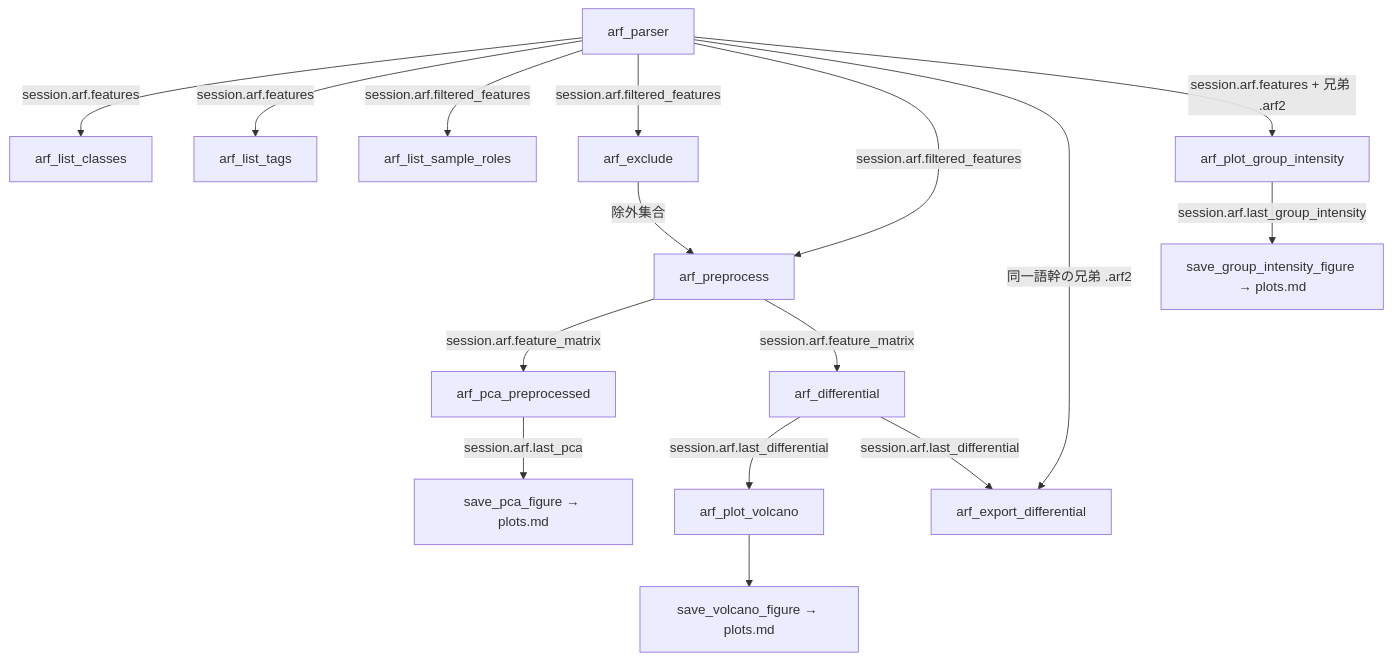
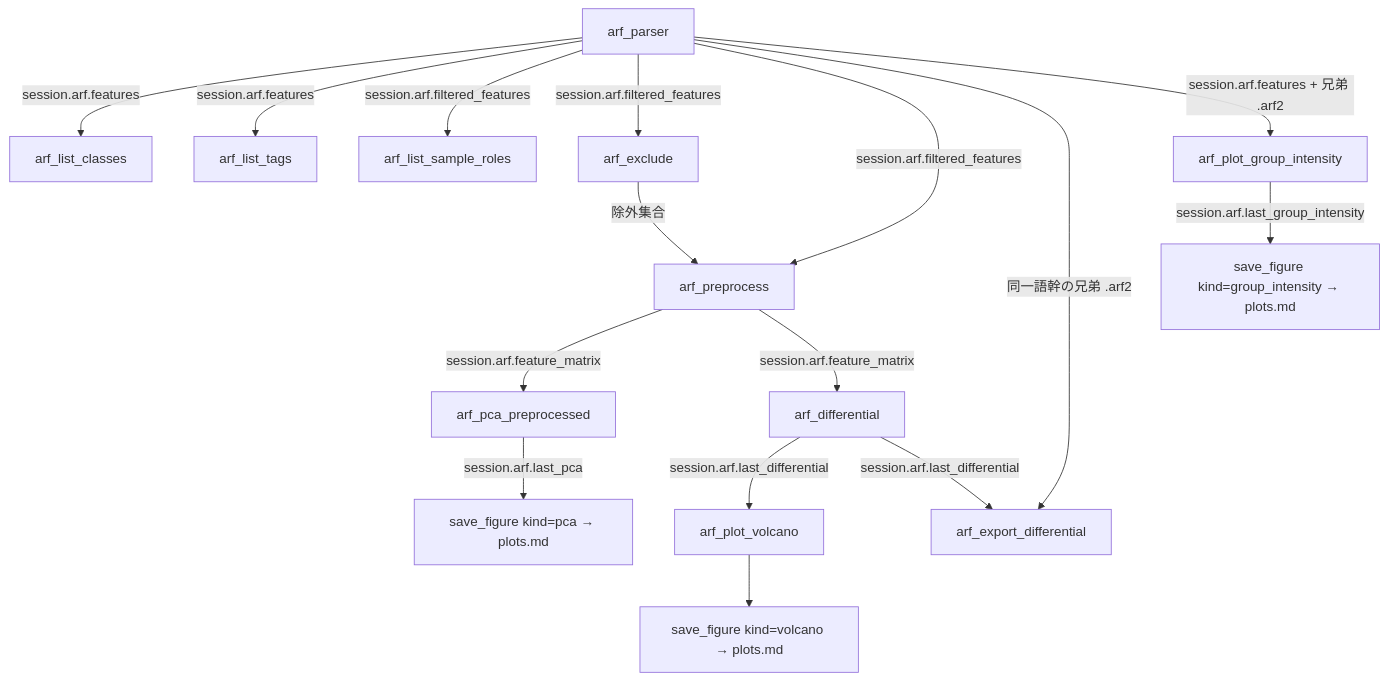
The diagram in docs/workflow/arf.md (systemsomicslab/Metabolomix_with_LLM), drawn with Mermaid before and after one commit. The commit also changed other lines of this file and 25 other files, not shown here.

Commit message:
feat(reports): 図の保存を save_figure に一本化し、旧 4 ツール（save_pca/volcano/eic/group_intensity_figure）を撤去

````diff
--- a/docs/workflow/arf.md
+++ b/docs/workflow/arf.md
@@ -7,18 +7,18 @@
 ```mermaid
 flowchart TD
     P[arf_parser] -->|session.arf.features| LC[arf_list_classes]
     P -->|session.arf.features| LT[arf_list_tags]
     P -->|session.arf.filtered_features| LR[arf_list_sample_roles]
     P -->|session.arf.filtered_features| EX[arf_exclude]
     EX -->|除外集合| PP[arf_preprocess]
     P -->|session.arf.filtered_features| PP
     PP -->|session.arf.feature_matrix| PCA[arf_pca_preprocessed]
     PP -->|session.arf.feature_matrix| DIFF[arf_differential]
     DIFF -->|session.arf.last_differential| VOL[arf_plot_volcano]
     DIFF -->|session.arf.last_differential| EXPORT[arf_export_differential]
     P -->|同一語幹の兄弟 .arf2| EXPORT
-    PCA -->|session.arf.last_pca| SPF[save_pca_figure → plots.md]
-    VOL --> SVF[save_volcano_figure → plots.md]
+    PCA -->|session.arf.last_pca| SPF[save_figure kind=pca → plots.md]
+    VOL --> SVF[save_figure kind=volcano → plots.md]
     P -->|session.arf.features + 兄弟 .arf2| GI[arf_plot_group_intensity]
-    GI -->|session.arf.last_group_intensity| SGI[save_group_intensity_figure → plots.md]
+    GI -->|session.arf.last_group_intensity| SGI[save_figure kind=group_intensity → plots.md]
 ```
````
